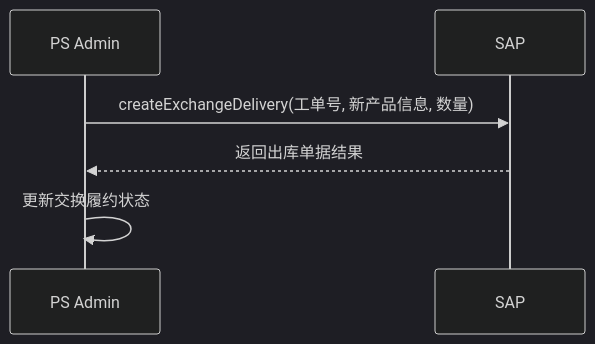
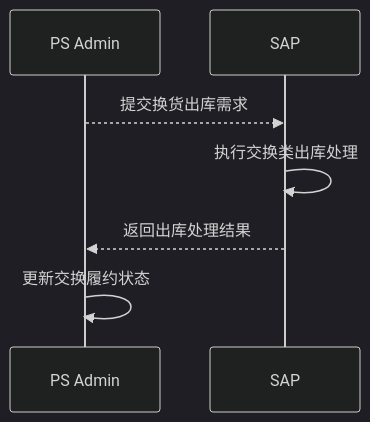
One commit to guguohai/gmps changed diagram 24 of 43 in 文档/GM系统需求说明.md. Above: the diagram before and after it, drawn with Mermaid (dark theme). The commit also changed other lines of this file and 31 other files, not shown here.

````diff
--- a/文档/GM系统需求说明.md
+++ b/文档/GM系统需求说明.md
@@ -978,9 +963,10 @@
 ```mermaid
 sequenceDiagram
     participant PS as PS Admin
     participant SAP as SAP
 
-    PS->>SAP: createExchangeDelivery(工单号, 新产品信息, 数量)
-    SAP-->>PS: 返回出库单据结果
+    PS-->>SAP: 提交换货出库需求
+    SAP->>SAP: 执行交换类出库处理
+    SAP-->>PS: 返回出库处理结果
     PS->>PS: 更新交换履约状态
 ```
````
